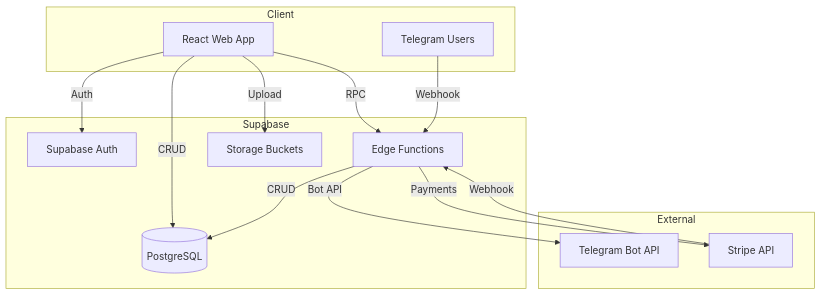
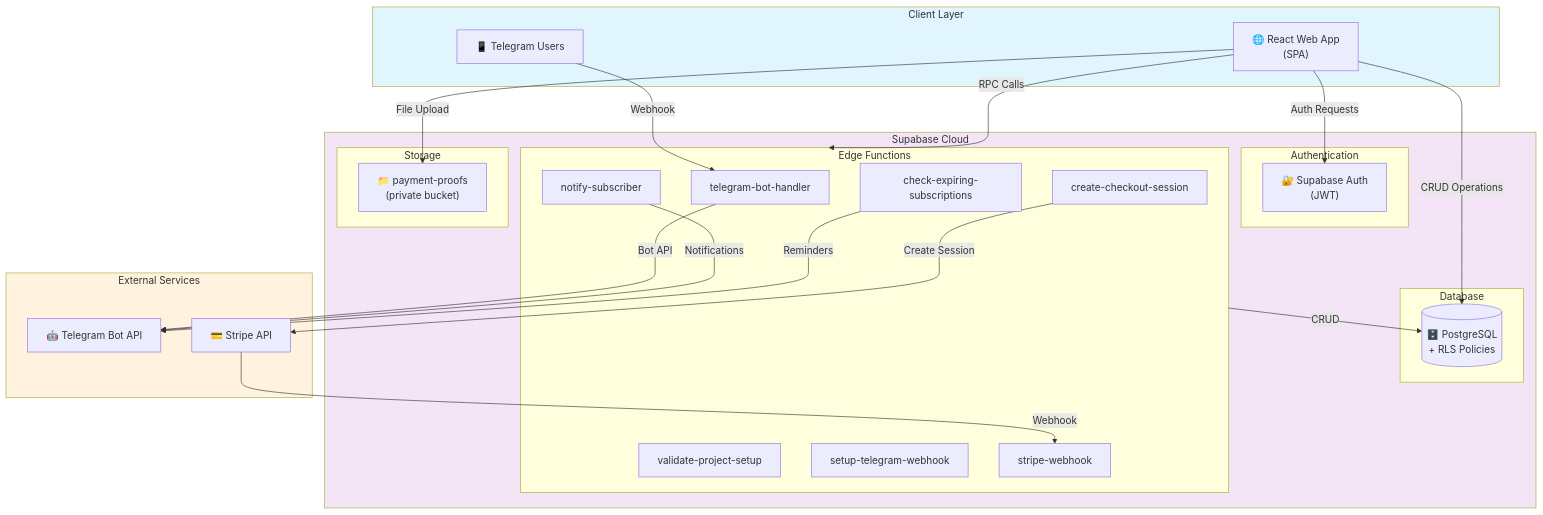
Before and after one commit to Abdelmalk4/subscribehub: the fifth of 14 diagrams in DOCUMENTATION.md, drawn with Mermaid. The commit also changed other lines of this file, not shown here.

````diff
--- a/DOCUMENTATION.md
+++ b/DOCUMENTATION.md
@@ -234,30 +346,56 @@
 ```mermaid
 flowchart TB
-    subgraph Client
-        WEB[React Web App]
-        TG[Telegram Users]
+    subgraph ClientLayer["Client Layer"]
+        WEB["🌐 React Web App<br/>(SPA)"]
+        TG["📱 Telegram Users"]
     end
     
-    subgraph Supabase
-        AUTH[Supabase Auth]
-        DB[(PostgreSQL)]
-        EDGE[Edge Functions]
-        STORAGE[Storage Buckets]
+    subgraph SupabaseLayer["Supabase Cloud"]
+        subgraph Auth["Authentication"]
+            AUTH["🔐 Supabase Auth<br/>(JWT)"]
+        end
+        
+        subgraph Database["Database"]
+            DB[("🗄️ PostgreSQL<br/>+ RLS Policies")]
+        end
+        
+        subgraph Functions["Edge Functions"]
+            EF1["telegram-bot-handler"]
+            EF2["validate-project-setup"]
+            EF3["setup-telegram-webhook"]
+            EF4["create-checkout-session"]
+            EF5["stripe-webhook"]
+            EF6["check-expiring-subscriptions"]
+            EF7["notify-subscriber"]
+        end
+        
+        subgraph Storage["Storage"]
+            STORE["📁 payment-proofs<br/>(private bucket)"]
+        end
     end
     
-    subgraph External
-        TELEGRAM[Telegram Bot API]
-        STRIPE[Stripe API]
+    subgraph ExternalAPIs["External Services"]
+        TELEGRAM["🤖 Telegram Bot API"]
+        STRIPE["💳 Stripe API"]
     end
     
-    WEB -->|Auth| AUTH
-    WEB -->|CRUD| DB
-    WEB -->|RPC| EDGE
-    WEB -->|Upload| STORAGE
+    WEB -->|"Auth Requests"| AUTH
+    WEB -->|"CRUD Operations"| DB
+    WEB -->|"RPC Calls"| Functions
+    WEB -->|"File Upload"| STORE
     
-    TG -->|Webhook| EDGE
-    EDGE -->|Bot API| TELEGRAM
-    EDGE -->|Payments| STRIPE
-    STRIPE -->|Webhook| EDGE
-    EDGE -->|CRUD| DB
+    TG -->|"Webhook"| EF1
+    
+    EF1 -->|"Bot API"| TELEGRAM
+    EF7 -->|"Notifications"| TELEGRAM
+    EF6 -->|"Reminders"| TELEGRAM
+    
+    EF4 -->|"Create Session"| STRIPE
+    STRIPE -->|"Webhook"| EF5
+    
+    Functions -->|"CRUD"| DB
+    
+    style ClientLayer fill:#e1f5fe
+    style SupabaseLayer fill:#f3e5f5
+    style ExternalAPIs fill:#fff3e0
 ```
````
